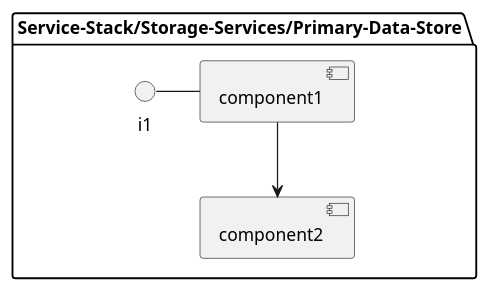
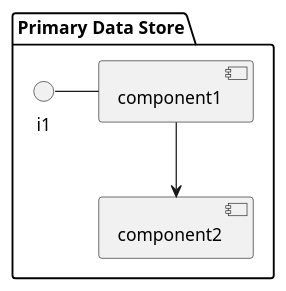
One commit to CAADE/ADC changed the diagram in docs/Solution/Service-Stack/Storage-Services/Primary-Data-Store/Physical.puml. Above: the diagram before and after it, drawn with PlantUML. The commit also changed 1 other file, not shown here.

```diff
--- a/docs/Solution/Service-Stack/Storage-Services/Primary-Data-Store/Physical.puml
+++ b/docs/Solution/Service-Stack/Storage-Services/Primary-Data-Store/Physical.puml
@@ -1,11 +1,11 @@
 @startuml
 
-package "Service-Stack/Storage-Services/Primary-Data-Store" {
+package "Primary Data Store" {
 component component1
 component component2
 interface i1
 
 }
 i1 - component1
 component1 --> component2
 @enduml
```
